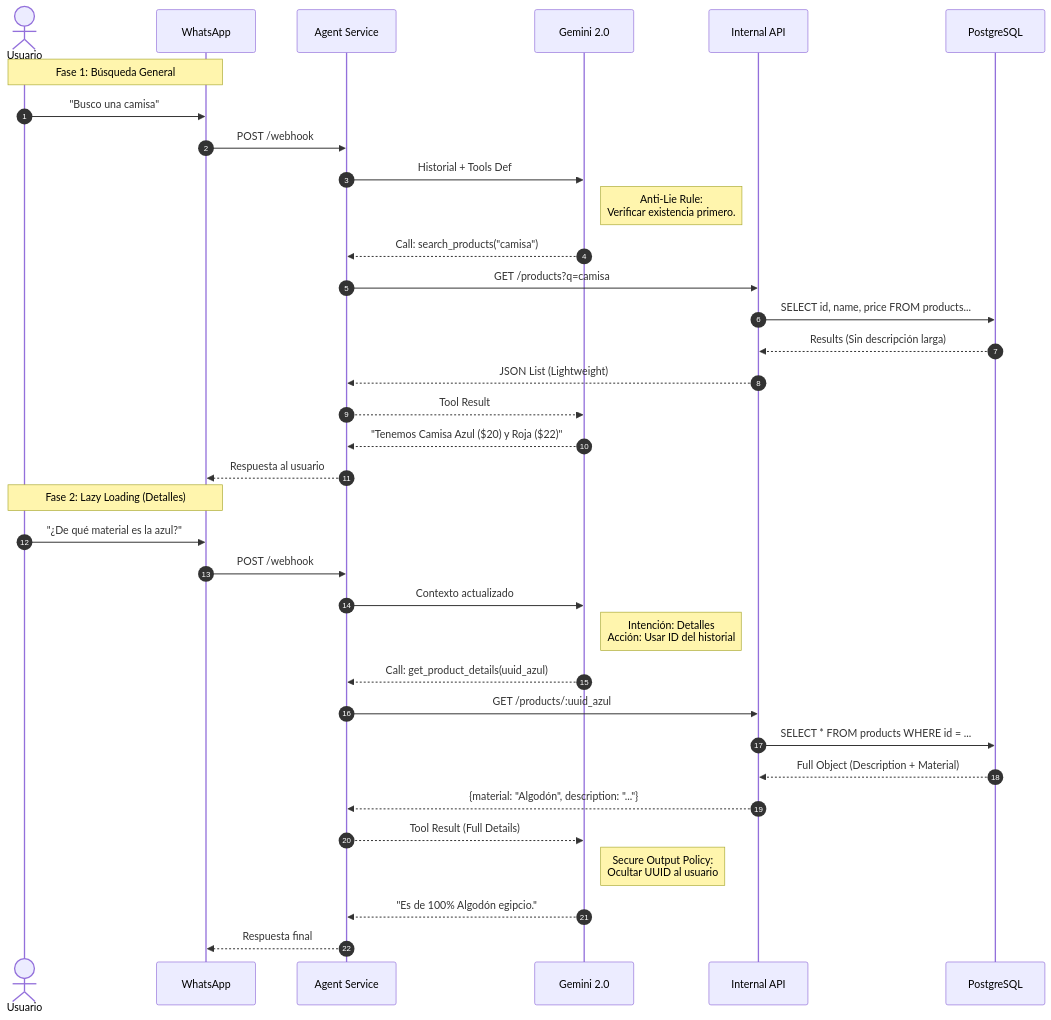
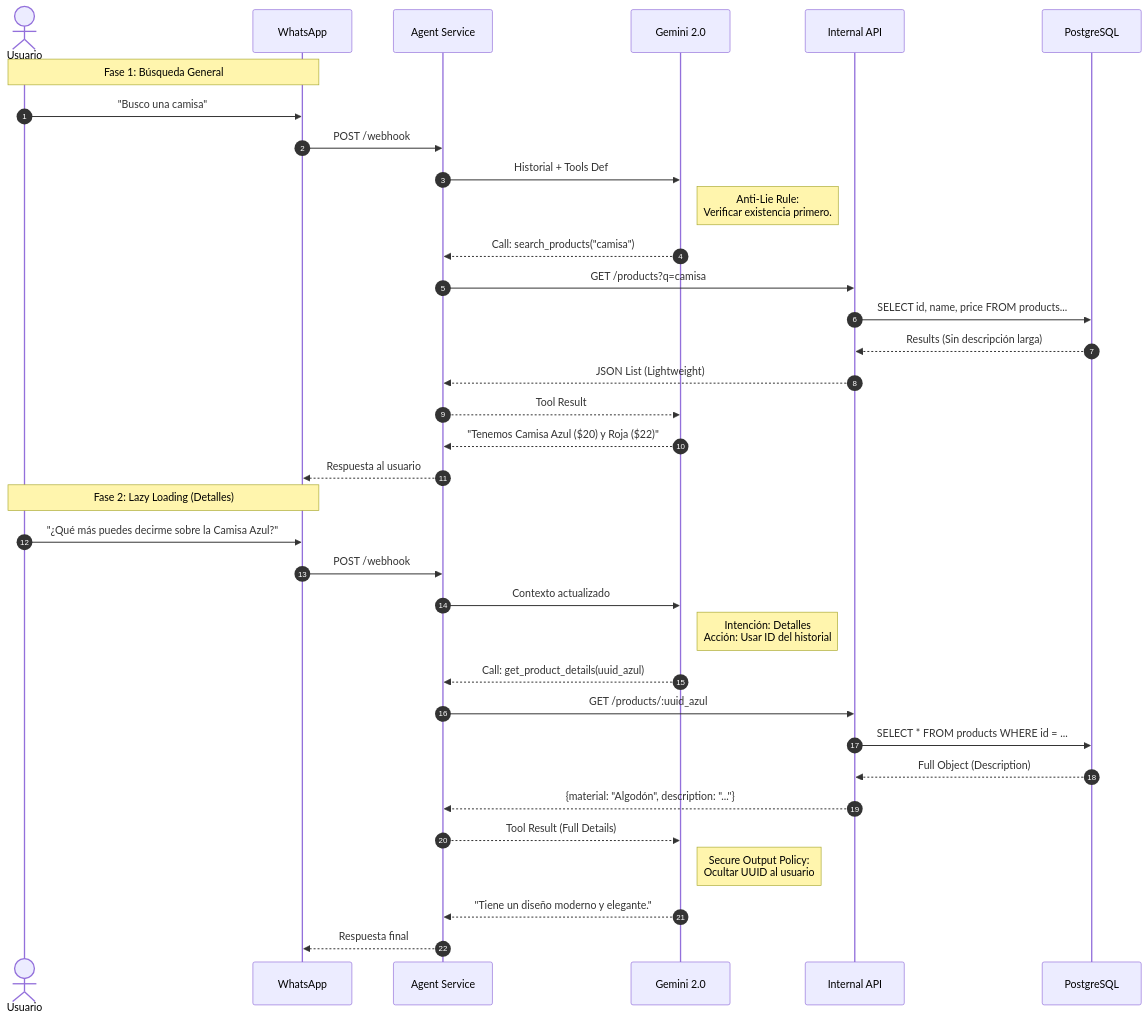
The second of 4 diagrams in docs/DIAGRAMS.md (AFacundoOrtiz/laburen-ai-agent), drawn with Mermaid before and after one commit.

Commit message:
docs: documentos README.md, DIAGRAMS.md y CONCEPTUAL_DESIGN.md actualizados

````diff
--- a/docs/DIAGRAMS.md
+++ b/docs/DIAGRAMS.md
@@ -73,45 +73,45 @@
 ```mermaid
 sequenceDiagram
     autonumber
     actor User as Usuario
     participant WA as WhatsApp
     participant Agent as Agent Service
     participant AI as Gemini 2.0
     participant API as Internal API
     participant DB as PostgreSQL
 
     Note over User, WA: Fase 1: Búsqueda General
     User->>WA: "Busco una camisa"
     WA->>Agent: POST /webhook
     Agent->>AI: Historial + Tools Def
     
     Note right of AI: Anti-Lie Rule: <br/>Verificar existencia primero.
     AI-->>Agent: Call: search_products("camisa")
     
     Agent->>API: GET /products?q=camisa
     API->>DB: SELECT id, name, price FROM products...
     DB-->>API: Results (Sin descripción larga)
     API-->>Agent: JSON List (Lightweight)
     Agent-->>AI: Tool Result
     
     AI-->>Agent: "Tenemos Camisa Azul ($20) y Roja ($22)"
     Agent-->>WA: Respuesta al usuario
 
     Note over User, WA: Fase 2: Lazy Loading (Detalles)
-    User->>WA: "¿De qué material es la azul?"
+    User->>WA: "¿Qué más puedes decirme sobre la Camisa Azul?"
     WA->>Agent: POST /webhook
     Agent->>AI: Contexto actualizado
     
     Note right of AI: Intención: Detalles<br/>Acción: Usar ID del historial
     AI-->>Agent: Call: get_product_details(uuid_azul)
     
     Agent->>API: GET /products/:uuid_azul
     API->>DB: SELECT * FROM products WHERE id = ...
-    DB-->>API: Full Object (Description + Material)
+    DB-->>API: Full Object (Description)
     API-->>Agent: {material: "Algodón", description: "..."}
     Agent-->>AI: Tool Result (Full Details)
     
     Note right of AI: Secure Output Policy:<br/>Ocultar UUID al usuario
-    AI-->>Agent: "Es de 100% Algodón egipcio."
+    AI-->>Agent: "Tiene un diseño moderno y elegante."
     Agent-->>WA: Respuesta final
 ```
````
